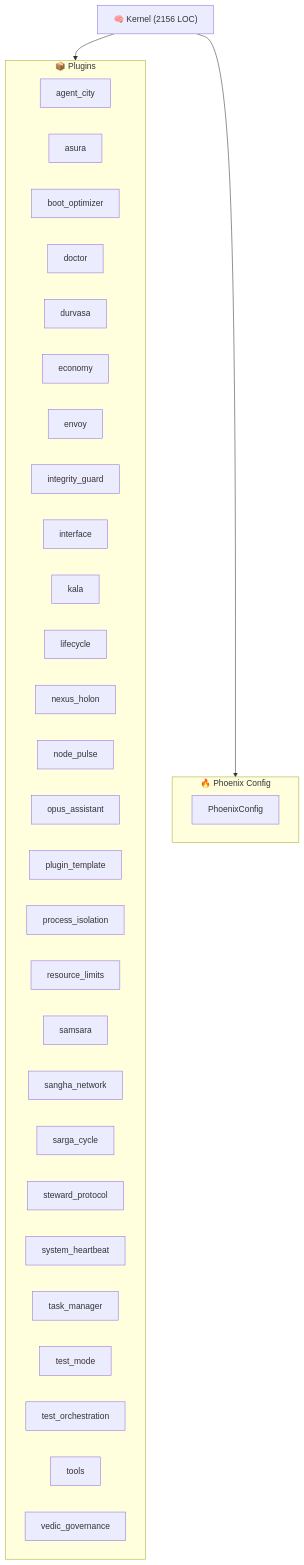
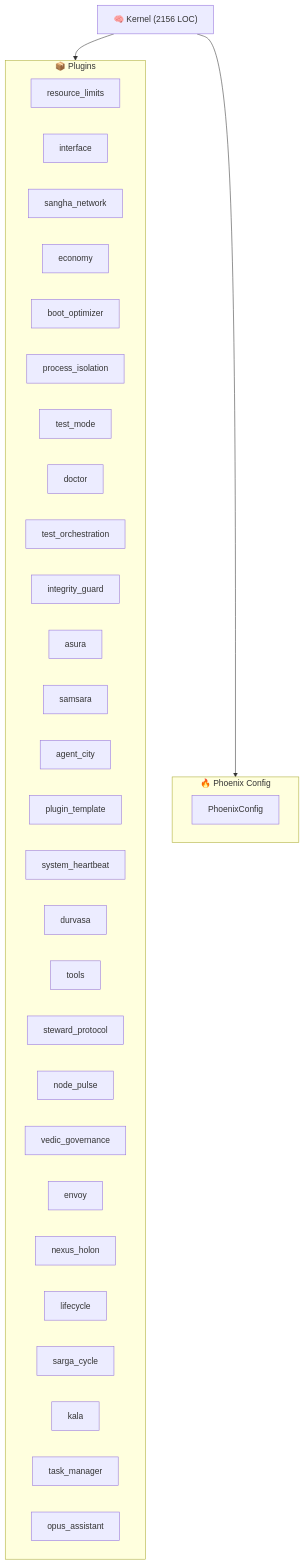
Before and after one commit to kimeisele/steward-protocol: the diagram in ARCHITECTURE.md, drawn with Mermaid. The commit also changed other lines of this file and 12 other files, not shown here.

````diff
--- a/ARCHITECTURE.md
+++ b/ARCHITECTURE.md
@@ -8,38 +8,38 @@
 ```mermaid
 graph TB
     K["🧠 Kernel (2156 LOC)"]
     subgraph Plugins["📦 Plugins"]
+        P_resource_limits["resource_limits"]
+        P_interface["interface"]
+        P_sangha_network["sangha_network"]
+        P_economy["economy"]
+        P_boot_optimizer["boot_optimizer"]
+        P_process_isolation["process_isolation"]
+        P_test_mode["test_mode"]
+        P_doctor["doctor"]
+        P_test_orchestration["test_orchestration"]
+        P_integrity_guard["integrity_guard"]
+        P_asura["asura"]
+        P_samsara["samsara"]
         P_agent_city["agent_city"]
-        P_asura["asura"]
-        P_boot_optimizer["boot_optimizer"]
-        P_doctor["doctor"]
+        P_plugin_template["plugin_template"]
+        P_system_heartbeat["system_heartbeat"]
         P_durvasa["durvasa"]
-        P_economy["economy"]
+        P_tools["tools"]
+        P_steward_protocol["steward_protocol"]
+        P_node_pulse["node_pulse"]
+        P_vedic_governance["vedic_governance"]
         P_envoy["envoy"]
-        P_integrity_guard["integrity_guard"]
-        P_interface["interface"]
+        P_nexus_holon["nexus_holon"]
+        P_lifecycle["lifecycle"]
+        P_sarga_cycle["sarga_cycle"]
         P_kala["kala"]
-        P_lifecycle["lifecycle"]
-        P_nexus_holon["nexus_holon"]
-        P_node_pulse["node_pulse"]
+        P_task_manager["task_manager"]
         P_opus_assistant["opus_assistant"]
-        P_plugin_template["plugin_template"]
-        P_process_isolation["process_isolation"]
-        P_resource_limits["resource_limits"]
-        P_samsara["samsara"]
-        P_sangha_network["sangha_network"]
-        P_sarga_cycle["sarga_cycle"]
-        P_steward_protocol["steward_protocol"]
-        P_system_heartbeat["system_heartbeat"]
-        P_task_manager["task_manager"]
-        P_test_mode["test_mode"]
-        P_test_orchestration["test_orchestration"]
-        P_tools["tools"]
-        P_vedic_governance["vedic_governance"]
     end
     K --> Plugins
     subgraph Config["🔥 Phoenix Config"]
         PC[PhoenixConfig]
     end
     K --> Config
 ```
````
